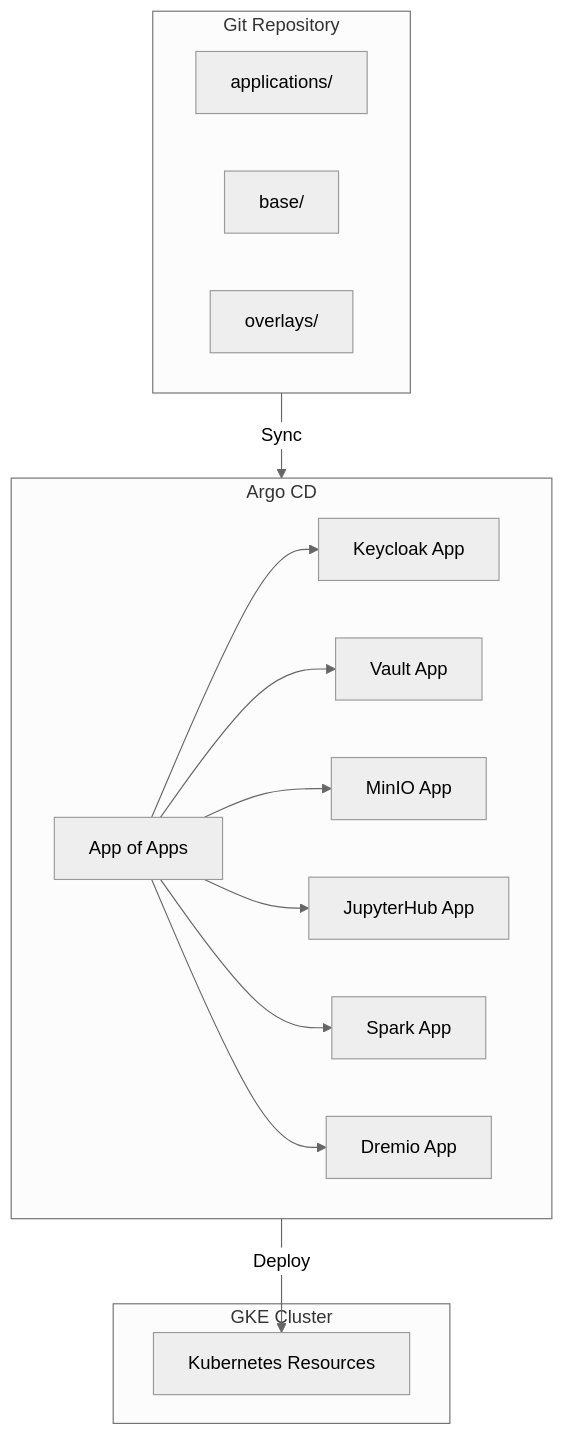
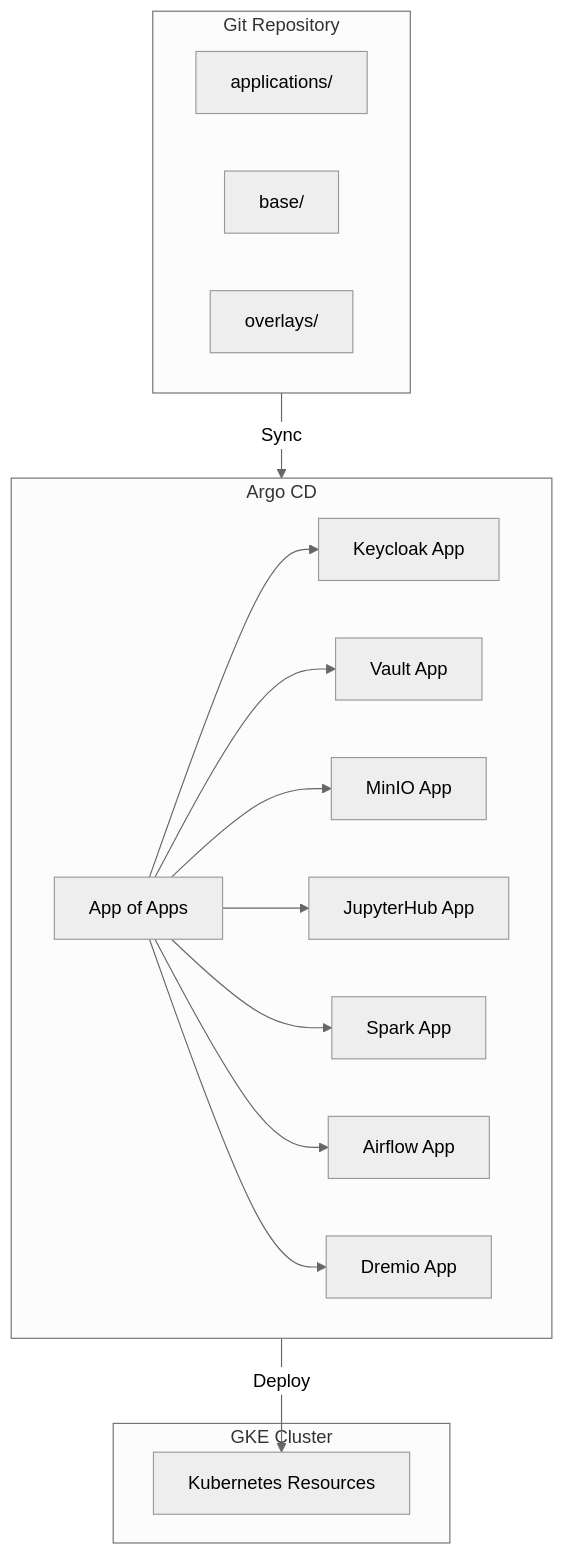
One commit to rammi-dev/dremio-platform1 changed the first of 2 diagrams in docs/GITOPS_PROPOSAL.md. Above: the diagram before and after it, drawn with Mermaid (neutral theme). The commit also changed other lines of this file and 10 other files, not shown here.

````diff
--- a/docs/GITOPS_PROPOSAL.md
+++ b/docs/GITOPS_PROPOSAL.md
@@ -13,31 +13,33 @@
 ```mermaid
 graph TB
     subgraph GitRepo["Git Repository"]
         Apps[applications/]
         Base[base/]
         Overlays[overlays/]
     end
     
     subgraph ArgoCD["Argo CD"]
         AppOfApps[App of Apps]
         KC[Keycloak App]
         V[Vault App]
         M[MinIO App]
         JH[JupyterHub App]
         S[Spark App]
+        AF[Airflow App]
         D[Dremio App]
     end
     
     subgraph GKE["GKE Cluster"]
         Resources[Kubernetes Resources]
     end
     
     GitRepo -->|Sync| ArgoCD
     AppOfApps --> KC
     AppOfApps --> V
     AppOfApps --> M
     AppOfApps --> JH
     AppOfApps --> S
+    AppOfApps --> AF
     AppOfApps --> D
     ArgoCD -->|Deploy| Resources
 ```
````
